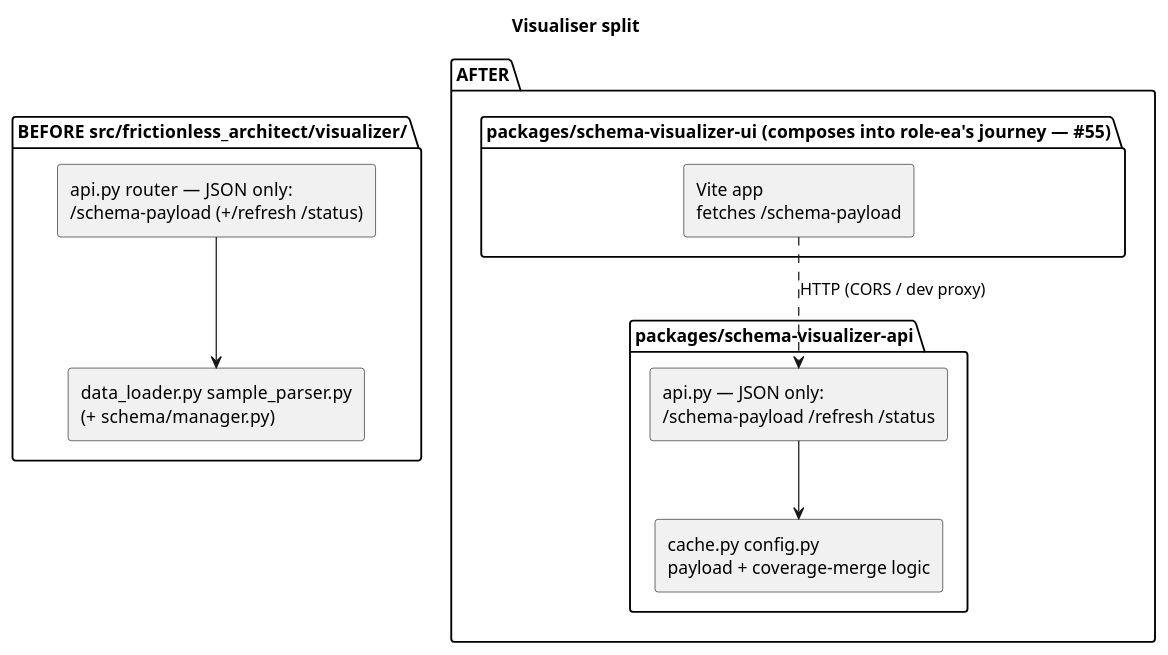
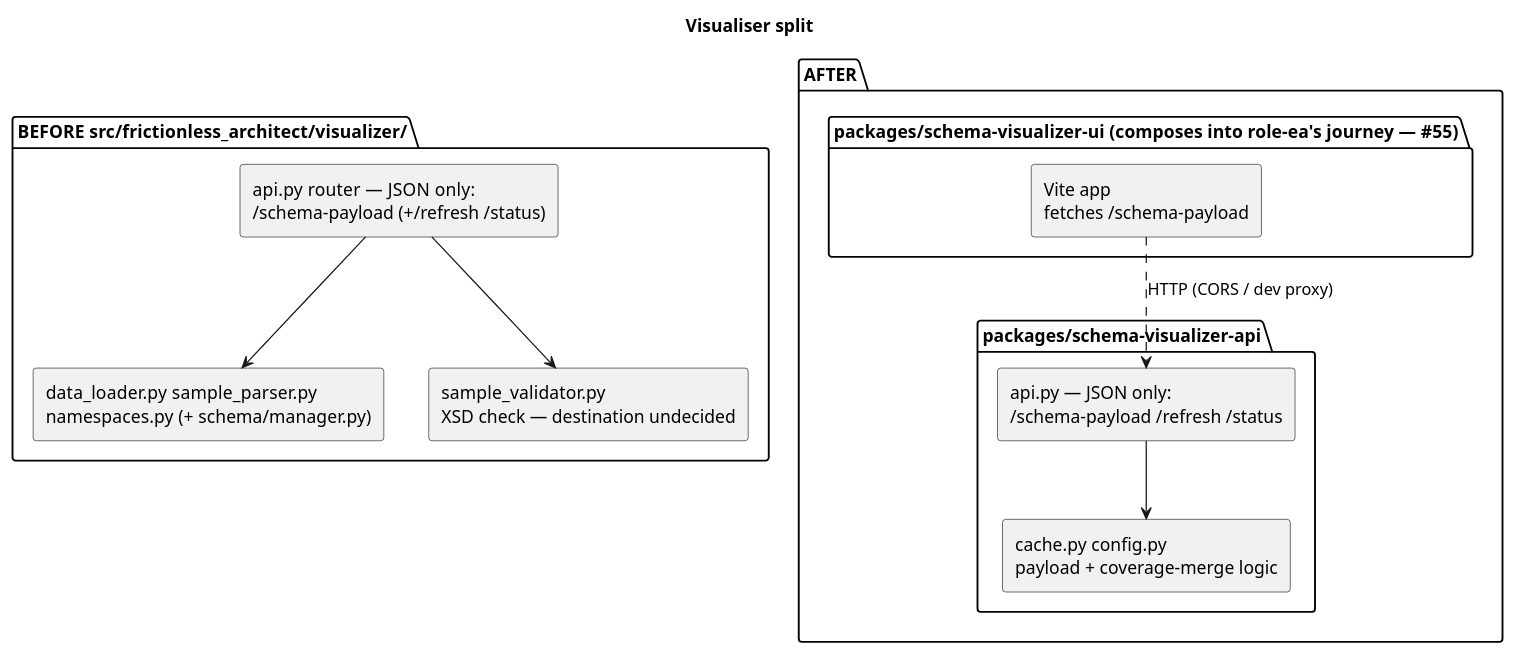
One commit to wolffy-au/frictionless-architect changed the second of 2 diagrams in ARCHITECTURE.md. Above: the diagram before and after it, drawn with PlantUML. The commit also changed other lines of this file, not shown here.

First line of the commit message:
docs(architecture): place namespaces and sample_validator

````diff
--- a/ARCHITECTURE.md
+++ b/ARCHITECTURE.md
@@ -376,24 +376,26 @@
 ```plantuml
 @startuml
 title Visualiser split
 skinparam componentStyle rectangle
 
 package "BEFORE  src/frictionless_architect/visualizer/" {
   [api.py  router — JSON only:\n/schema-payload (+/refresh /status)] as before_api
-  [data_loader.py sample_parser.py\n(+ schema/manager.py)] as before_kg
+  [data_loader.py sample_parser.py\nnamespaces.py (+ schema/manager.py)] as before_kg
+  [sample_validator.py\nXSD check — destination undecided] as before_val
   before_api --> before_kg
+  before_api --> before_val
 }
 
 package "AFTER" {
   package "packages/schema-visualizer-api" {
     [api.py — JSON only:\n/schema-payload /refresh /status] as after_api
     [cache.py config.py\npayload + coverage-merge logic] as after_lib
     after_api --> after_lib
   }
   package "packages/schema-visualizer-ui  (composes into role-ea's journey — #55)" {
     [Vite app\nfetches /schema-payload] as after_ui
   }
   after_ui ..> after_api : HTTP (CORS / dev proxy)
 }
 @enduml
 ```
````
